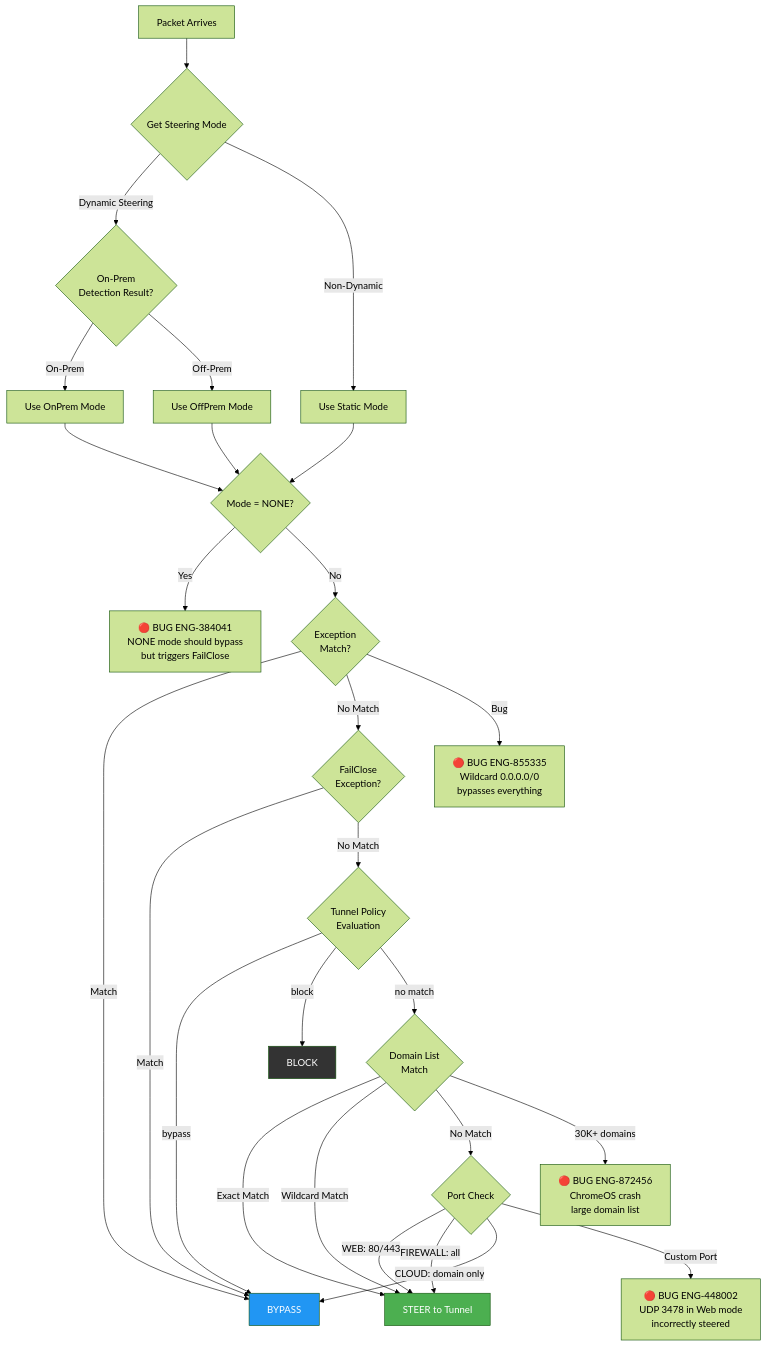
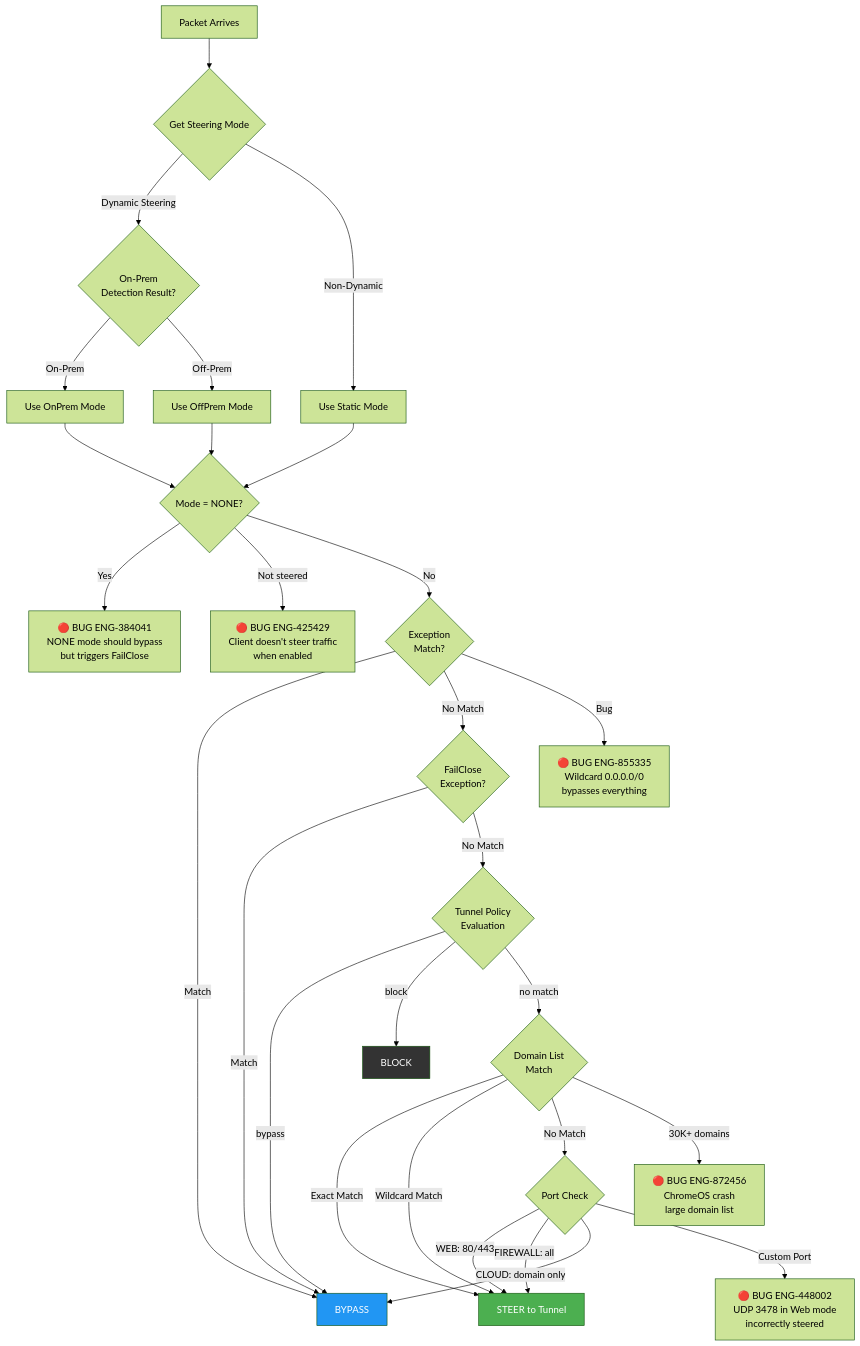
The first of 5 diagrams in chapters/05_steering_config.md (ns-klin/endpoint_system_test_plan), drawn with Mermaid (forest theme) before and after one commit. The commit also changed other lines of this file and 26 other files, not shown here.

First line of the commit message:
Add 87 bugs from Excel enrichment and integrate into mermaid diagrams

````diff
--- a/chapters/05_steering_config.md
+++ b/chapters/05_steering_config.md
@@ -31,43 +31,44 @@
 ```mermaid
 flowchart TD
     PKT[Packet Arrives] --> MODE{Get Steering Mode}
     
     MODE -->|Dynamic Steering| DYN{On-Prem<br/>Detection Result?}
     DYN -->|On-Prem| ONPREM_MODE[Use OnPrem Mode]
     DYN -->|Off-Prem| OFFPREM_MODE[Use OffPrem Mode]
     
     MODE -->|Non-Dynamic| STATIC_MODE[Use Static Mode]
     
     ONPREM_MODE --> NONE_CHECK{Mode = NONE?}
     OFFPREM_MODE --> NONE_CHECK
     STATIC_MODE --> NONE_CHECK
     
     NONE_CHECK -->|Yes| BUG_NONE["🔴 BUG ENG-384041<br/>NONE mode should bypass<br/>but triggers FailClose"]
+    NONE_CHECK -->|Not steered| BUG_425429["🔴 BUG ENG-425429<br/>Client doesn't steer traffic<br/>when enabled"]
     NONE_CHECK -->|No| EXCEPT{Exception<br/>Match?}
     
     EXCEPT -->|Match| BYPASS[BYPASS]
     EXCEPT -->|No Match| FC_CHECK{FailClose<br/>Exception?}
     EXCEPT -->|Bug| BUG_EXCEPT["🔴 BUG ENG-855335<br/>Wildcard 0.0.0.0/0<br/>bypasses everything"]
     
     FC_CHECK -->|Match| BYPASS
     FC_CHECK -->|No Match| TUNNEL_POLICY{Tunnel Policy<br/>Evaluation}
     
     TUNNEL_POLICY -->|bypass| BYPASS
     TUNNEL_POLICY -->|block| BLOCK[BLOCK]
     TUNNEL_POLICY -->|no match| DOMAIN{Domain List<br/>Match}
     
     DOMAIN -->|Exact Match| STEER[STEER to Tunnel]
     DOMAIN -->|Wildcard Match| STEER
     DOMAIN -->|No Match| PORT_CHECK{Port Check}
     
     PORT_CHECK -->|WEB: 80/443| STEER
     PORT_CHECK -->|FIREWALL: all| STEER
     PORT_CHECK -->|CLOUD: domain only| BYPASS
     PORT_CHECK -->|Custom Port| BUG_PORT["🔴 BUG ENG-448002<br/>UDP 3478 in Web mode<br/>incorrectly steered"]
     
     DOMAIN -->|30K+ domains| BUG_OOM["🔴 BUG ENG-872456<br/>ChromeOS crash<br/>large domain list"]
 
     style BLOCK fill:#333,color:#fff
     style STEER fill:#4CAF50,color:#fff
     style BYPASS fill:#2196F3,color:#fff
 ```
````
